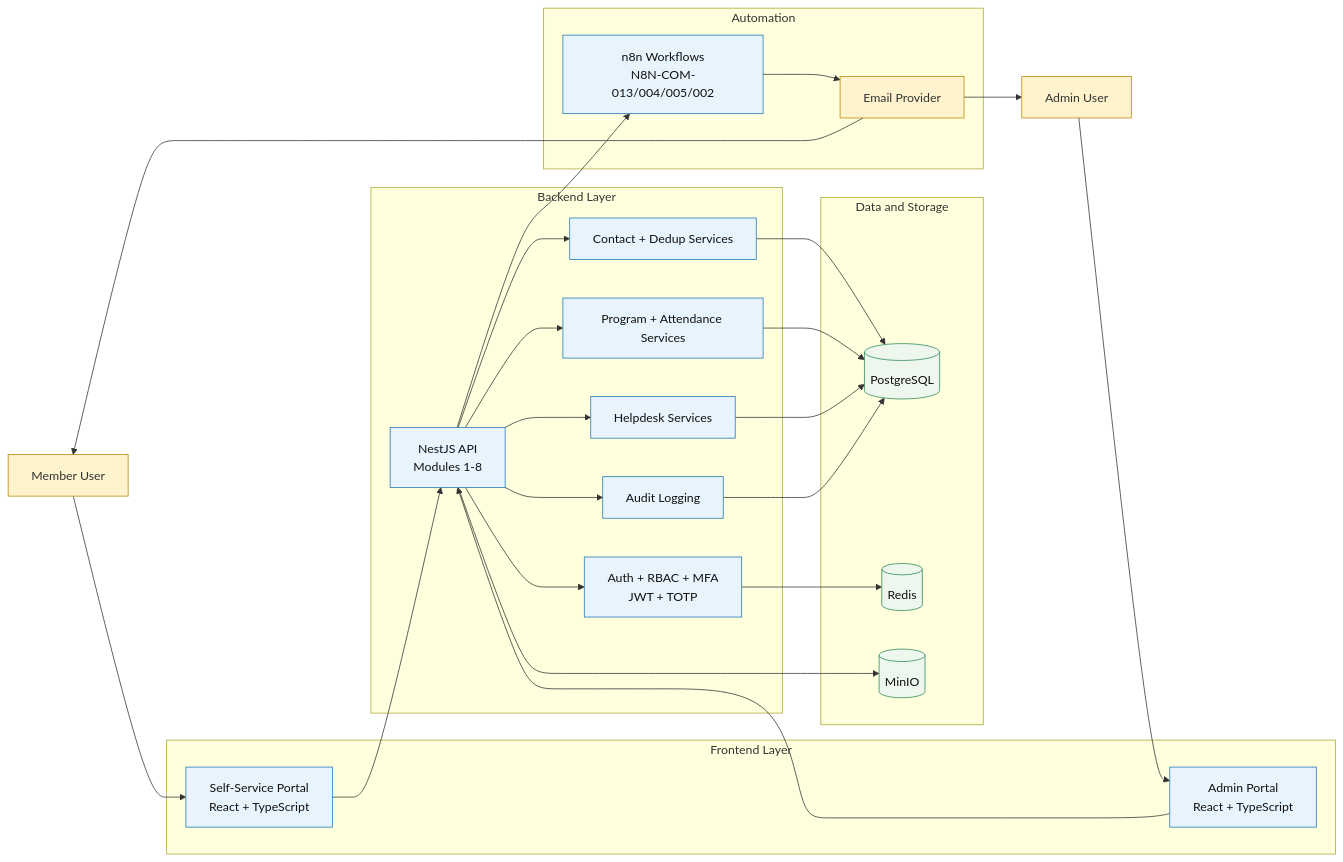
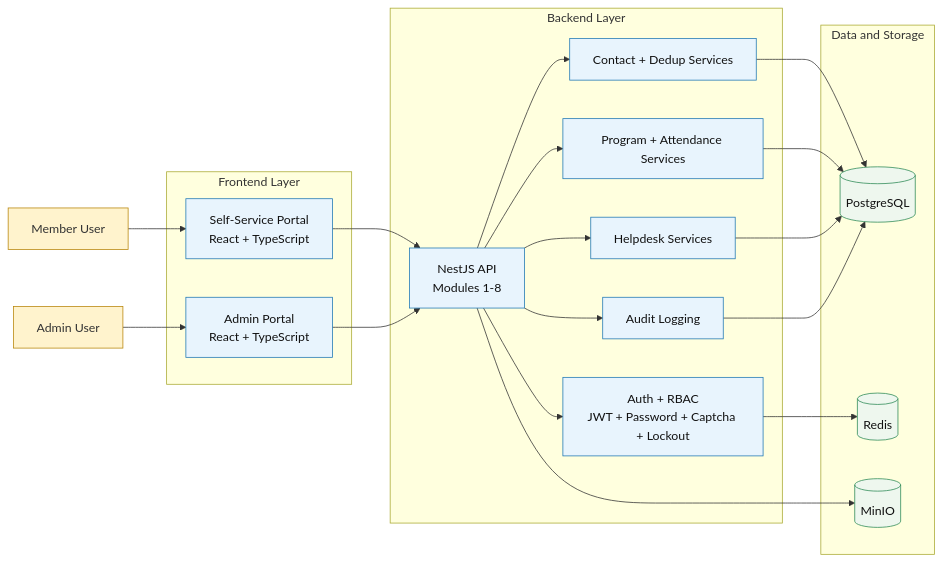
The diagram in ad-docs/business-intake-modular/12-architecture/01-system-architecture-diagram.md (krkscm/ad-west), drawn with Mermaid before and after one commit. The commit also changed other lines of this file and 261 other files, not shown here.

````diff
--- a/ad-docs/business-intake-modular/12-architecture/01-system-architecture-diagram.md
+++ b/ad-docs/business-intake-modular/12-architecture/01-system-architecture-diagram.md
@@ -15,61 +16,51 @@
 ```mermaid
 flowchart LR
   U1[Member User]
   U2[Admin User]
 
   subgraph FE[Frontend Layer]
     SS[Self-Service Portal\nReact + TypeScript]
     AP[Admin Portal\nReact + TypeScript]
   end
 
   subgraph BE[Backend Layer]
     API[NestJS API\nModules 1-8]
-    AUTH[Auth + RBAC + MFA\nJWT + TOTP]
+    AUTH[Auth + RBAC\nJWT + Password + Captcha + Lockout]
     CRM[Contact + Dedup Services]
     EVT[Program + Attendance Services]
     HD[Helpdesk Services]
     AUD[Audit Logging]
   end
 
   subgraph DATA[Data and Storage]
     PG[(PostgreSQL)]
     RD[(Redis)]
     MN[(MinIO)]
-  end
-
-  subgraph AUTO[Automation]
-    N8N[n8n Workflows\nN8N-COM-013/004/005/002]
-    MAIL[Email Provider]
   end
 
   U1 --> SS
   U2 --> AP
   SS --> API
   AP --> API
 
   API --> AUTH
   API --> CRM
   API --> EVT
   API --> HD
   API --> AUD
 
   AUTH --> RD
   CRM --> PG
   EVT --> PG
   HD --> PG
   AUD --> PG
   API --> MN
 
-  API --> N8N
-  N8N --> MAIL
-  MAIL --> U1
-  MAIL --> U2
-
   classDef ext fill:#fff3cd,stroke:#b8860b,color:#333;
   classDef core fill:#e8f4fd,stroke:#1f77b4,color:#111;
   classDef data fill:#eef7ee,stroke:#2e8b57,color:#111;
 
-  class U1,U2,MAIL ext;
-  class SS,AP,API,AUTH,CRM,EVT,HD,AUD,N8N core;
+  class U1,U2 ext;
+  class SS,AP,API,AUTH,CRM,EVT,HD,AUD core;
   class PG,RD,MN data;
 ```
````
